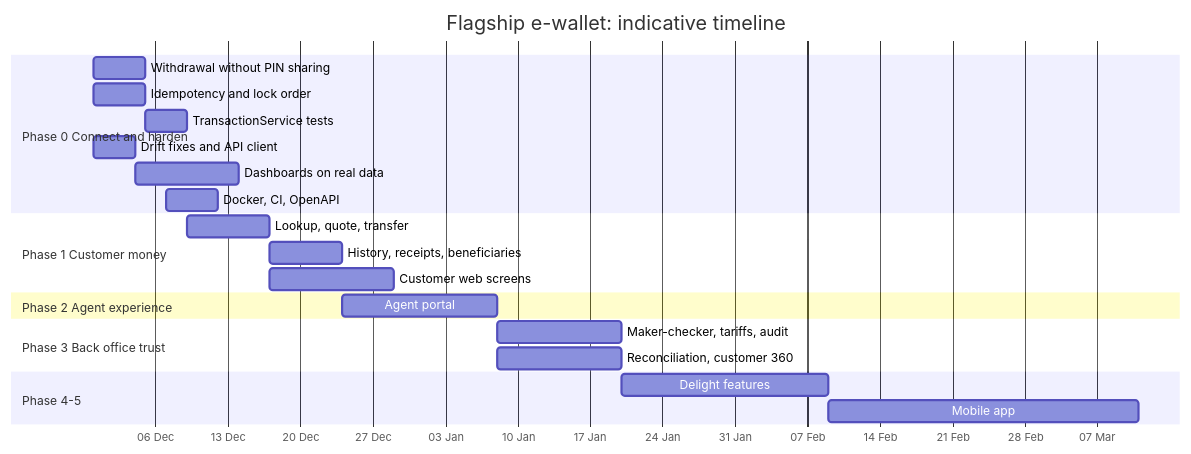
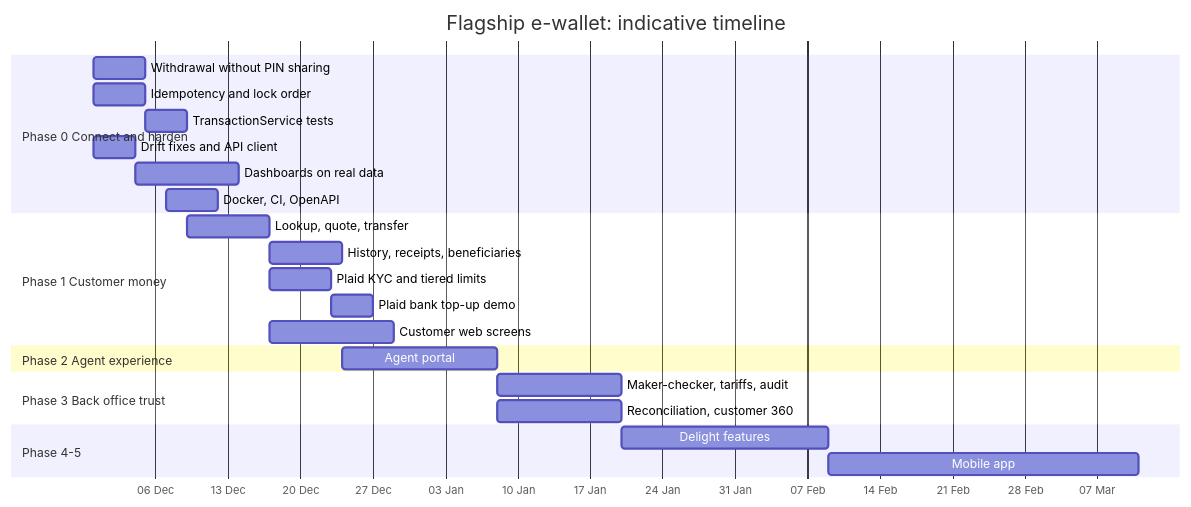
Before and after one commit to Abuu37/E-wallet-backend: the first of 16 diagrams in docs/superpowers/specs/2026-11-23-flagship-wallet-program-design.md, drawn with Mermaid. The commit also changed other lines of this file, not shown here.

First line of the commit message:
docs: record 23 Nov answers; add Plaid Sandbox KYC and bank top-up design, tiered limits

````diff
--- a/docs/superpowers/specs/2026-11-23-flagship-wallet-program-design.md
+++ b/docs/superpowers/specs/2026-11-23-flagship-wallet-program-design.md
@@ -83,25 +95,27 @@
 ```mermaid
 gantt
     title Flagship e-wallet: indicative timeline
     dateFormat YYYY-MM-DD
     axisFormat %d %b
     section Phase 0 Connect and harden
     Withdrawal without PIN sharing   :p0a, 2026-11-30, 5d
     Idempotency and lock order       :p0b, 2026-11-30, 5d
     TransactionService tests         :p0c, after p0a, 4d
     Drift fixes and API client       :p0d, 2026-11-30, 4d
     Dashboards on real data          :p0e, after p0d, 10d
     Docker, CI, OpenAPI              :p0f, 2026-12-07, 5d
     section Phase 1 Customer money
     Lookup, quote, transfer          :p1a, after p0c, 8d
     History, receipts, beneficiaries :p1b, after p1a, 7d
+    Plaid KYC and tiered limits      :p1d, after p1a, 6d
+    Plaid bank top-up demo           :p1e, after p1d, 4d
     Customer web screens             :p1c, after p1a, 12d
     section Phase 2 Agent experience
     Agent portal                     :p2, after p1b, 15d
     section Phase 3 Back office trust
     Maker-checker, tariffs, audit    :p3a, after p2, 12d
     Reconciliation, customer 360     :p3b, after p2, 12d
     section Phase 4-5
     Delight features                 :p4, after p3a, 20d
     Mobile app                       :p5, after p4, 30d
 ```
````
